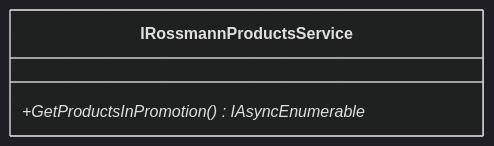
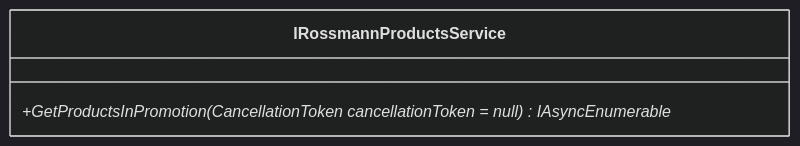
Before and after one commit to dominikus1993/argo-rossmann-product-fetcher: the fourth of 13 diagrams in CODE_METRICS.md, drawn with Mermaid (dark theme). The commit also changed other lines of this file, not shown here.

````diff
--- a/CODE_METRICS.md
+++ b/CODE_METRICS.md
@@ -540,7 +661,7 @@
 ```mermaid
 classDiagram
 class IRossmannProductsService{
-    +GetProductsInPromotion()* IAsyncEnumerable<RossmannProductDto>
+    +GetProductsInPromotion(CancellationToken cancellationToken = null)* IAsyncEnumerable<RossmannProductDto>
 }
 
 ```
````
